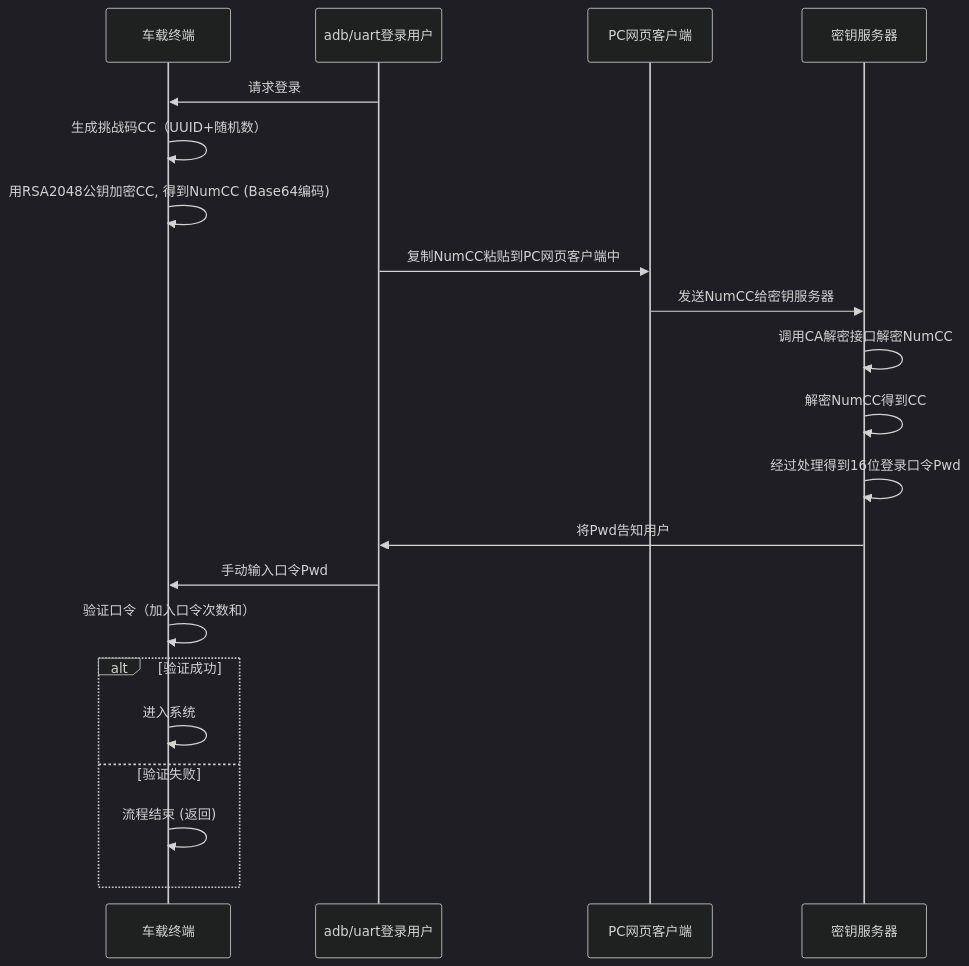
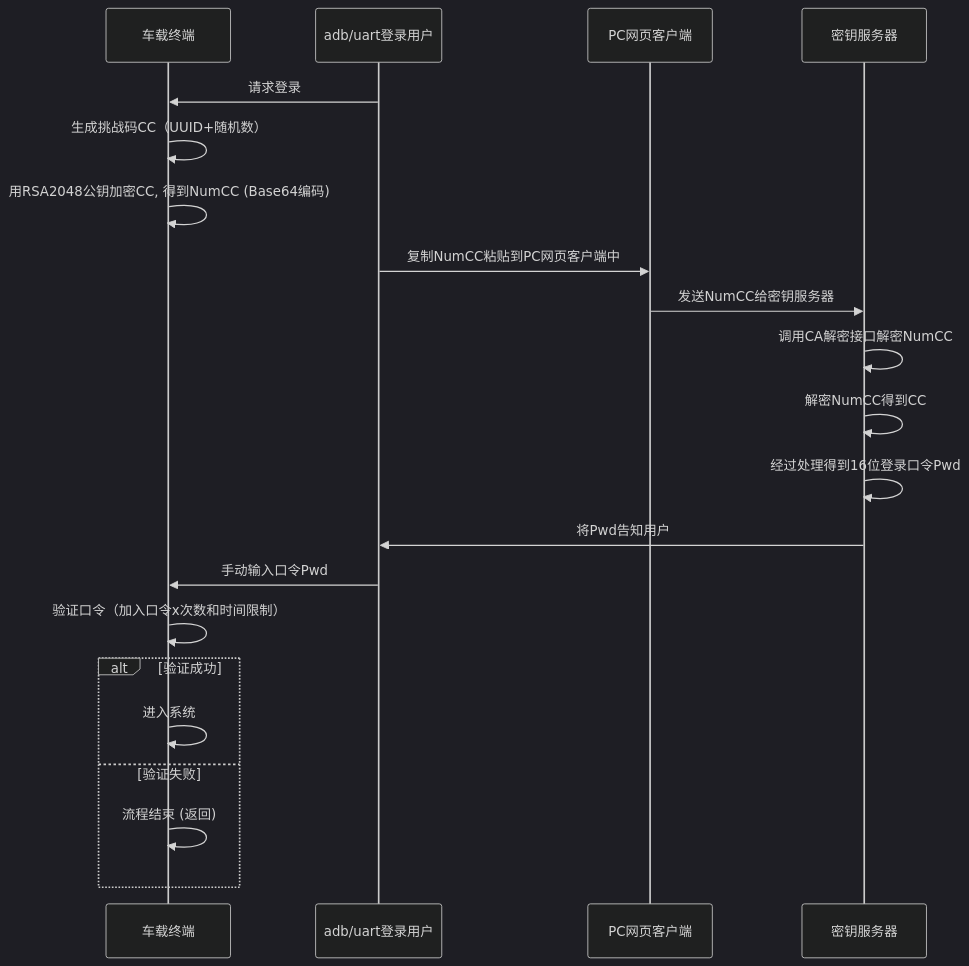
One commit to facebook-cloud/iodraw-files changed the diagram in all/未命名-14.md. Above: the diagram before and after it, drawn with Mermaid (dark theme).

Commit message:
2026-02-03 13:31:47 update

````diff
--- a/all/未命名-14.md
+++ b/all/未命名-14.md
@@ -1,27 +1,27 @@
 ```mermaid
 sequenceDiagram
     participant tbox as 车载终端
     participant user as adb/uart登录用户
     participant pc as PC网页客户端
     participant tech_center as 密钥服务器
   
 
     user->>tbox: 请求登录
     tbox->>tbox: 生成挑战码CC（UUID+随机数）
     tbox->>tbox: 用RSA2048公钥加密CC, 得到NumCC (Base64编码)
     user->>pc: 复制NumCC粘贴到PC网页客户端中
     pc->>tech_center: 发送NumCC给密钥服务器
     tech_center->>tech_center: 调用CA解密接口解密NumCC
     tech_center->>tech_center: 解密NumCC得到CC
     tech_center->>tech_center: 经过处理得到16位登录口令Pwd
     tech_center->>user: 将Pwd告知用户
     user->>tbox: 手动输入口令Pwd
-    tbox->>tbox: 验证口令（加入口令次数和）
+    tbox->>tbox: 验证口令（加入口令x次数和时间限制）
     alt 验证成功
         tbox->>tbox: 进入系统
     else 验证失败
         tbox->>tbox: 流程结束 (返回)
     end
 
 
 ```
````
